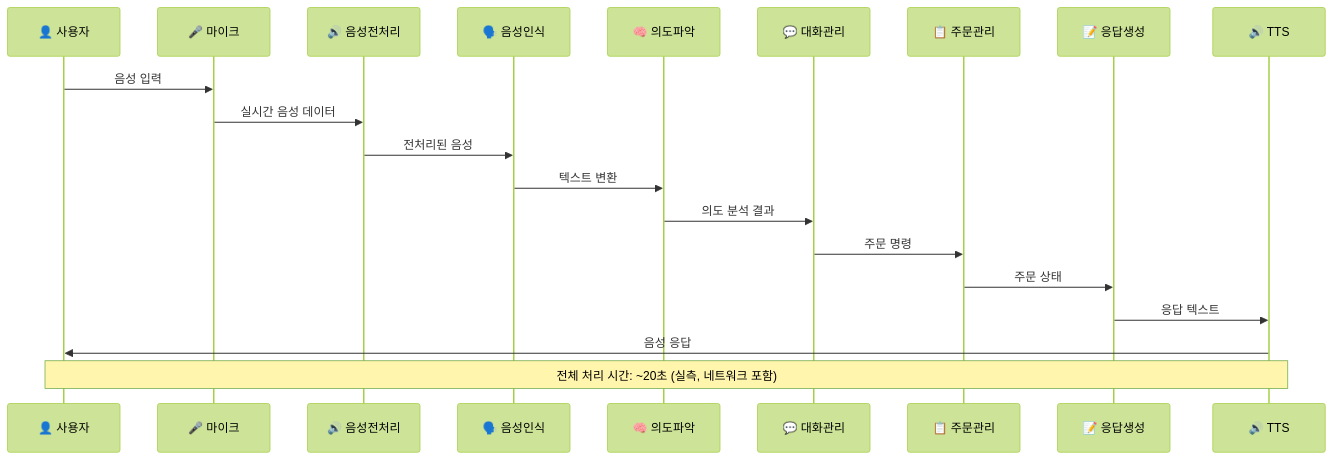
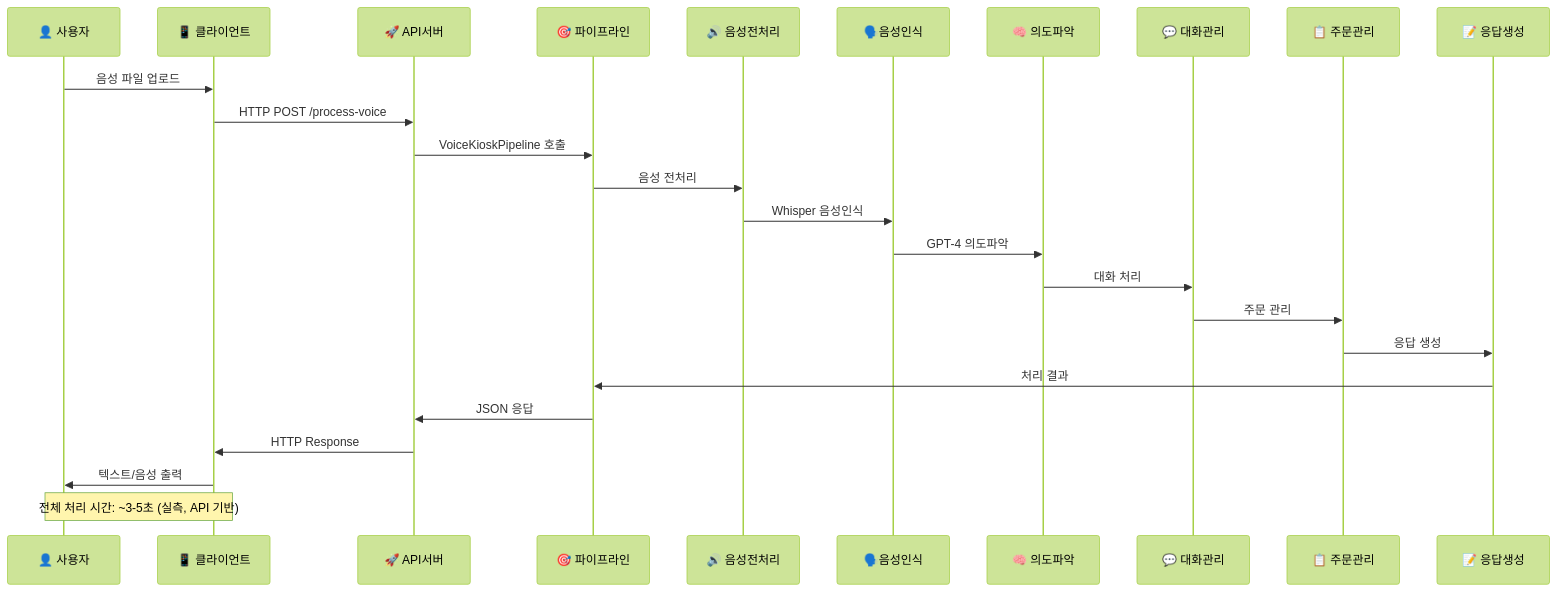
Before and after one commit to melpes/kiosk: the second of 7 diagrams in architecture_diagrams.md, drawn with Mermaid (forest theme). The commit also changed other lines of this file, not shown here.

First line of the commit message:
Update architecture_diagrams.md

````diff
--- a/architecture_diagrams.md
+++ b/architecture_diagrams.md
@@ -73,24 +89,29 @@
 ```mermaid
 sequenceDiagram
     participant U as 👤 사용자
-    participant M as 🎤 마이크
+    participant C as 📱 클라이언트
+    participant API as 🚀 API서버
+    participant P as 🎯 파이프라인
     participant A as 🔊 음성전처리
-    participant S as 🗣️ 음성인식
+    participant S as 🗣️음성인식
     participant I as 🧠 의도파악
     participant D as 💬 대화관리
     participant O as 📋 주문관리
     participant R as 📝 응답생성
-    participant T as 🔊 TTS
     
-    U->>M: 음성 입력
-    M->>A: 실시간 음성 데이터
-    A->>S: 전처리된 음성
-    S->>I: 텍스트 변환
-    I->>D: 의도 분석 결과
-    D->>O: 주문 명령
-    O->>R: 주문 상태
-    R->>T: 응답 텍스트
-    T->>U: 음성 응답
+    U->>C: 음성 파일 업로드
+    C->>API: HTTP POST /process-voice
+    API->>P: VoiceKioskPipeline 호출
+    P->>A: 음성 전처리
+    A->>S: Whisper 음성인식
+    S->>I: GPT-4 의도파악
+    I->>D: 대화 처리
+    D->>O: 주문 관리
+    O->>R: 응답 생성
+    R->>P: 처리 결과
+    P->>API: JSON 응답
+    API->>C: HTTP Response
+    C->>U: 텍스트/음성 출력
     
-    Note over U,T: 전체 처리 시간: ~20초 (실측, 네트워크 포함)
+    Note over U,C: 전체 처리 시간: ~3-5초 (실측, API 기반)
 ```
````
